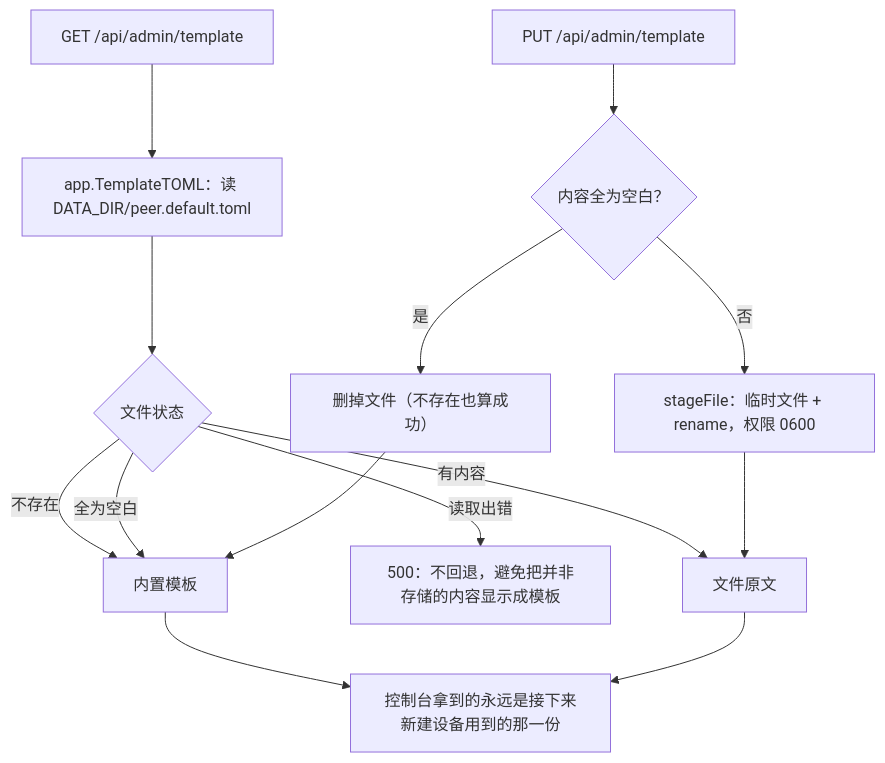
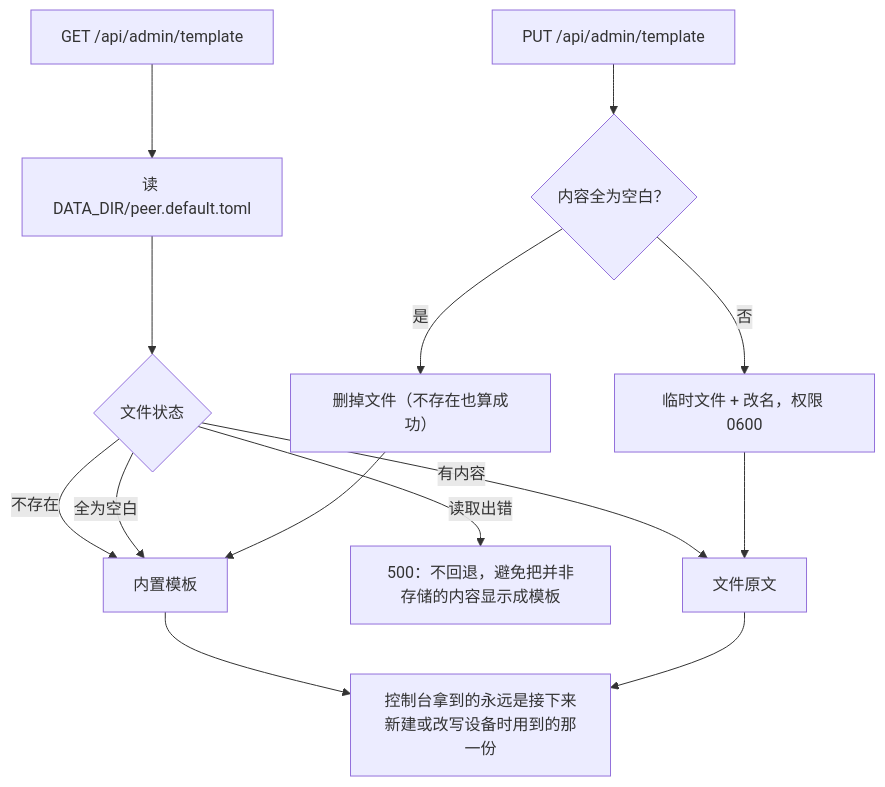
One commit to hm-service/mesh-server changed the sixth of 6 diagrams in docs/states.md. Above: the diagram before and after it, drawn with Mermaid. The commit also changed other lines of this file and 33 other files, not shown here.

````diff
--- a/docs/states.md
+++ b/docs/states.md
@@ -231,16 +235,16 @@
 ```mermaid
 flowchart TD
-  A["GET /api/admin/template"] --> B["app.TemplateTOML：读 DATA_DIR/peer.default.toml"]
+  A["GET /api/admin/template"] --> B["读 DATA_DIR/peer.default.toml"]
   B --> C{"文件状态"}
   C -- 不存在 --> D["内置模板"]
   C -- 全为空白 --> D
   C -- 读取出错 --> E["500：不回退，避免把并非存储的内容显示成模板"]
   C -- 有内容 --> F["文件原文"]
   G["PUT /api/admin/template"] --> H{"内容全为空白？"}
   H -- 是 --> I["删掉文件（不存在也算成功）"]
   I --> D
-  H -- 否 --> J["stageFile：临时文件 + rename，权限 0600"]
+  H -- 否 --> J["临时文件 + 改名，权限 0600"]
   J --> F
-  D --> K["控制台拿到的永远是接下来新建设备用到的那一份"]
+  D --> K["控制台拿到的永远是接下来新建或改写设备时用到的那一份"]
   F --> K
 ```
````
